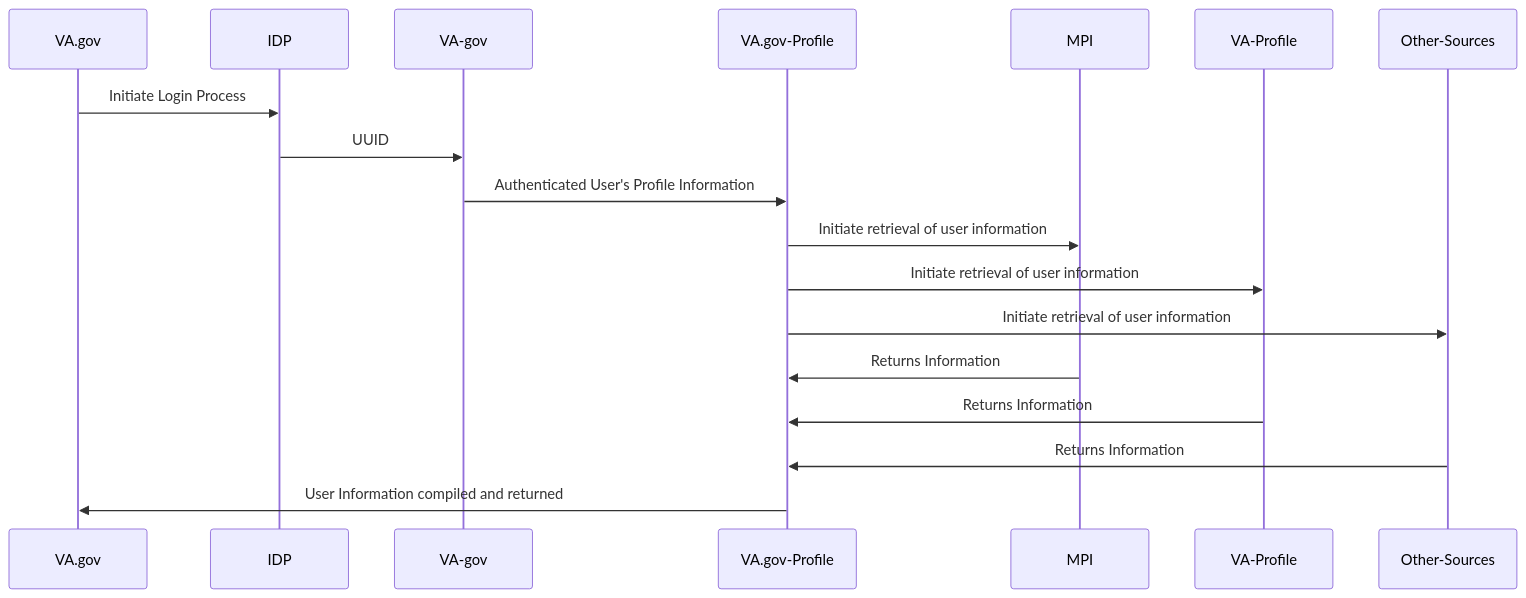
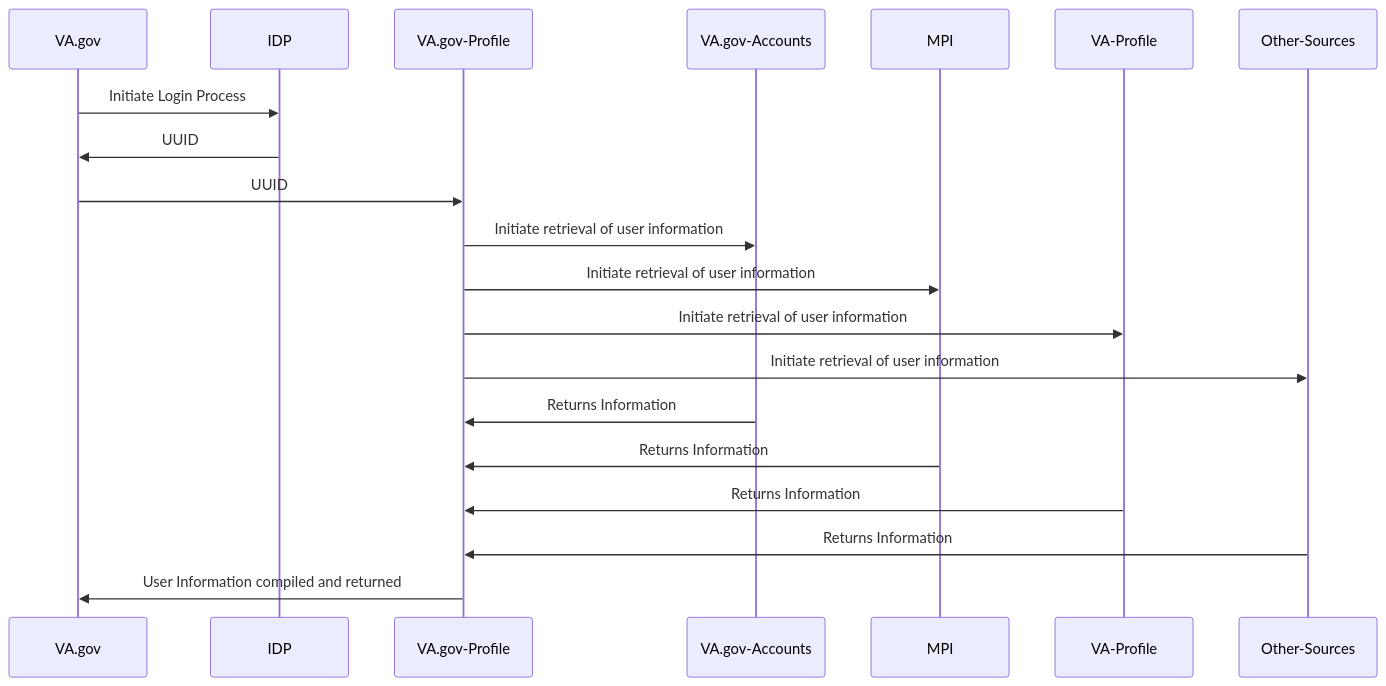
The fourth of 5 diagrams in products/ask-va/integration/va_profile/profile_processes.md (department-of-veterans-affairs/va.gov-team), drawn with Mermaid before and after one commit.

````diff
--- a/products/ask-va/integration/va_profile/profile_processes.md
+++ b/products/ask-va/integration/va_profile/profile_processes.md
@@ -106,13 +106,15 @@
 ```mermaid
 sequenceDiagram
     VA.gov->>IDP: Initiate Login Process
-    IDP->>VA-gov: UUID
-    VA-gov->>VA.gov-Profile: Authenticated User's Profile Information
+    IDP->>VA.gov: UUID
+    VA.gov->>VA.gov-Profile: UUID
+    VA.gov-Profile->>VA.gov-Accounts: Initiate retrieval of user information
     VA.gov-Profile->>MPI: Initiate retrieval of user information
     VA.gov-Profile->>VA-Profile: Initiate retrieval of user information
     VA.gov-Profile->>Other-Sources: Initiate retrieval of user information
+    VA.gov-Accounts->>VA.gov-Profile: Returns Information
     MPI->>VA.gov-Profile: Returns Information
     VA-Profile->>VA.gov-Profile: Returns Information
     Other-Sources->>VA.gov-Profile: Returns Information
     VA.gov-Profile->>VA.gov: User Information compiled and returned
 ```
````
